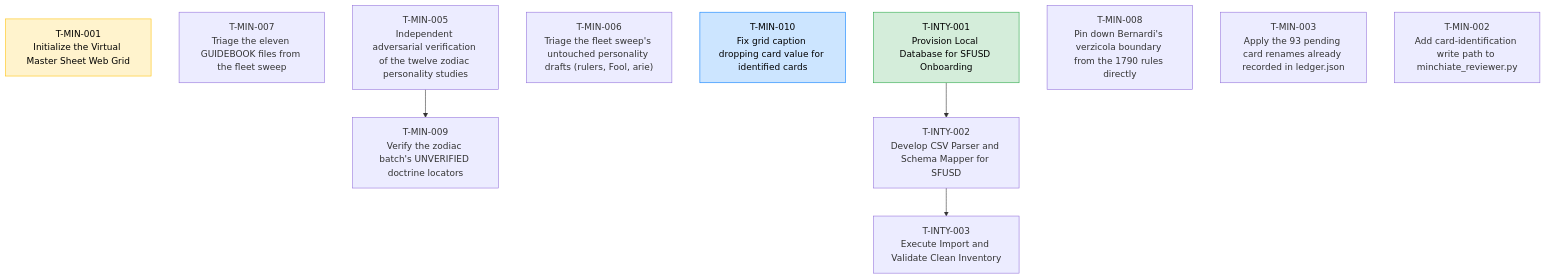
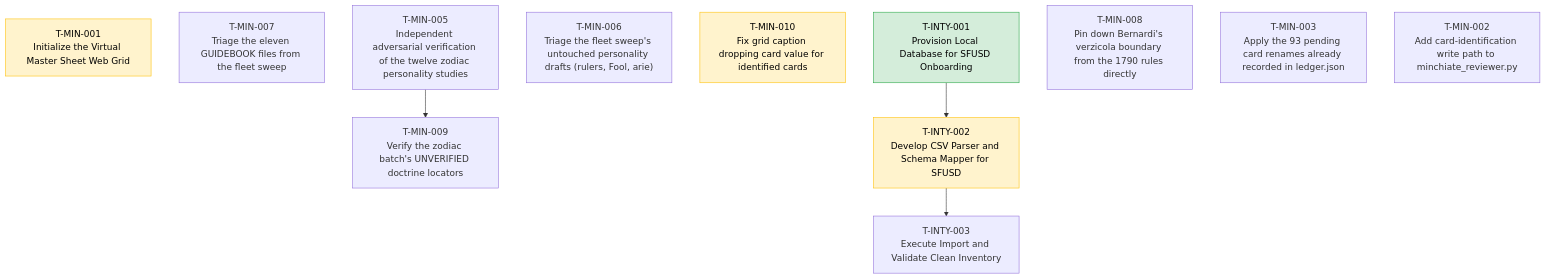
One commit to wgmilleriii/task_coordinator changed the diagram in TASKS.md. Above: the diagram before and after it, drawn with Mermaid. The commit also changed other lines of this file and 2 other files, not shown here.

Commit message:
worker: submit T-MIN-010 for peer review

````diff
--- a/TASKS.md
+++ b/TASKS.md
@@ -7,22 +7,22 @@
 ```mermaid
 graph TD
     classDef done fill:#d4edda,stroke:#28a745,color:#000;
     classDef blocked fill:#f8d7da,stroke:#dc3545,color:#000;
     classDef review fill:#fff3cd,stroke:#ffc107,color:#000;
     classDef active fill:#cce5ff,stroke:#007bff,color:#000;
     T-MIN-001["T-MIN-001<br/>Initialize the Virtual Master Sheet Web Grid"]:::review
     T-MIN-007["T-MIN-007<br/>Triage the eleven GUIDEBOOK files from the fleet sweep"]
     T-INTY-001["T-INTY-001<br/>Provision Local Database for SFUSD Onboarding"]:::done
     T-MIN-006["T-MIN-006<br/>Triage the fleet sweep's untouched personality drafts (rulers, Fool, arie)"]
-    T-MIN-010["T-MIN-010<br/>Fix grid caption dropping card value for identified cards"]:::active
+    T-MIN-010["T-MIN-010<br/>Fix grid caption dropping card value for identified cards"]:::review
     T-MIN-005["T-MIN-005<br/>Independent adversarial verification of the twelve zodiac personality studies"]
     T-MIN-009["T-MIN-009<br/>Verify the zodiac batch's UNVERIFIED doctrine locators"]
     T-MIN-005 --> T-MIN-009
     T-INTY-003["T-INTY-003<br/>Execute Import and Validate Clean Inventory"]
     T-INTY-002 --> T-INTY-003
-    T-INTY-002["T-INTY-002<br/>Develop CSV Parser and Schema Mapper for SFUSD"]
+    T-INTY-002["T-INTY-002<br/>Develop CSV Parser and Schema Mapper for SFUSD"]:::review
     T-INTY-001 --> T-INTY-002
     T-MIN-008["T-MIN-008<br/>Pin down Bernardi's verzicola boundary from the 1790 rules directly"]
     T-MIN-003["T-MIN-003<br/>Apply the 93 pending card renames already recorded in ledger.json"]
     T-MIN-002["T-MIN-002<br/>Add card-identification write path to minchiate_reviewer.py"]
 ```
````
